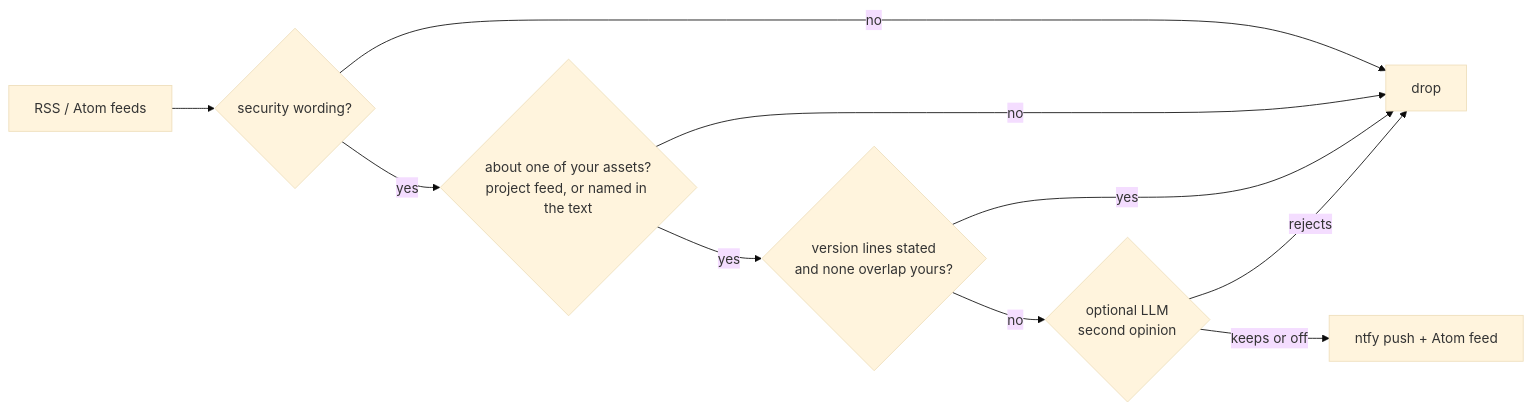
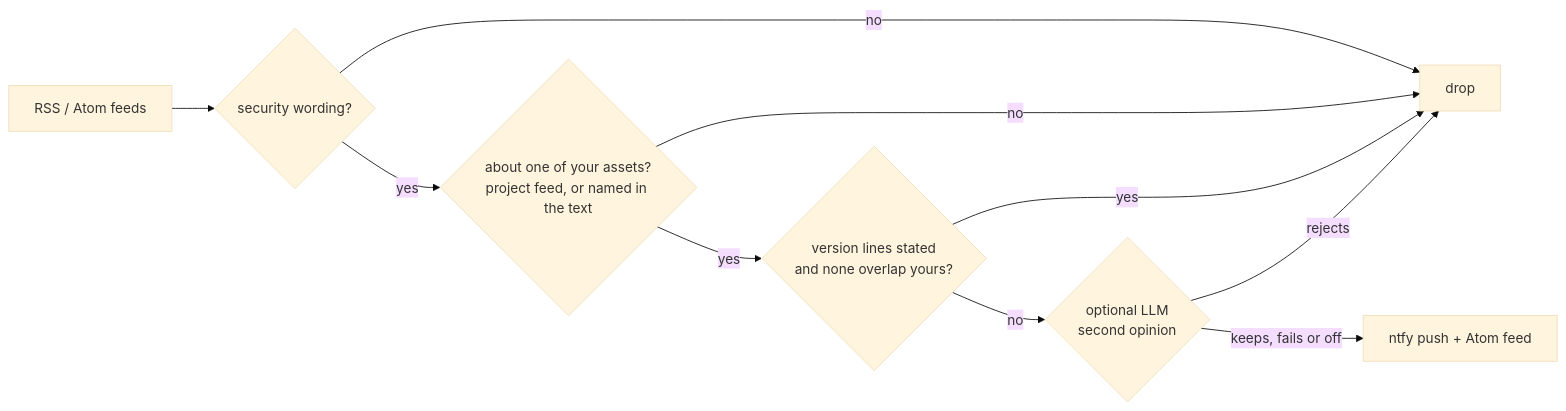
The diagram in README.md (TakashiAihara/mushirase), drawn with Mermaid (base theme) before and after one commit. The commit also changed other lines of this file and 5 other files, not shown here.

````diff
--- a/README.md
+++ b/README.md
@@ -11,12 +11,12 @@
 ```mermaid
 flowchart LR
   F[RSS / Atom feeds] --> M{security wording?}
   M -- no --> D[drop]
   M -- yes --> A{about one of your assets?<br/>project feed, or named in the text}
   A -- no --> D
   A -- yes --> V{version lines stated<br/>and none overlap yours?}
   V -- yes --> D
   V -- no --> L{optional LLM<br/>second opinion}
   L -- rejects --> D
-  L -- keeps or off --> N[ntfy push + Atom feed]
+  L -- keeps, fails or off --> N[ntfy push + Atom feed]
 ```
````
